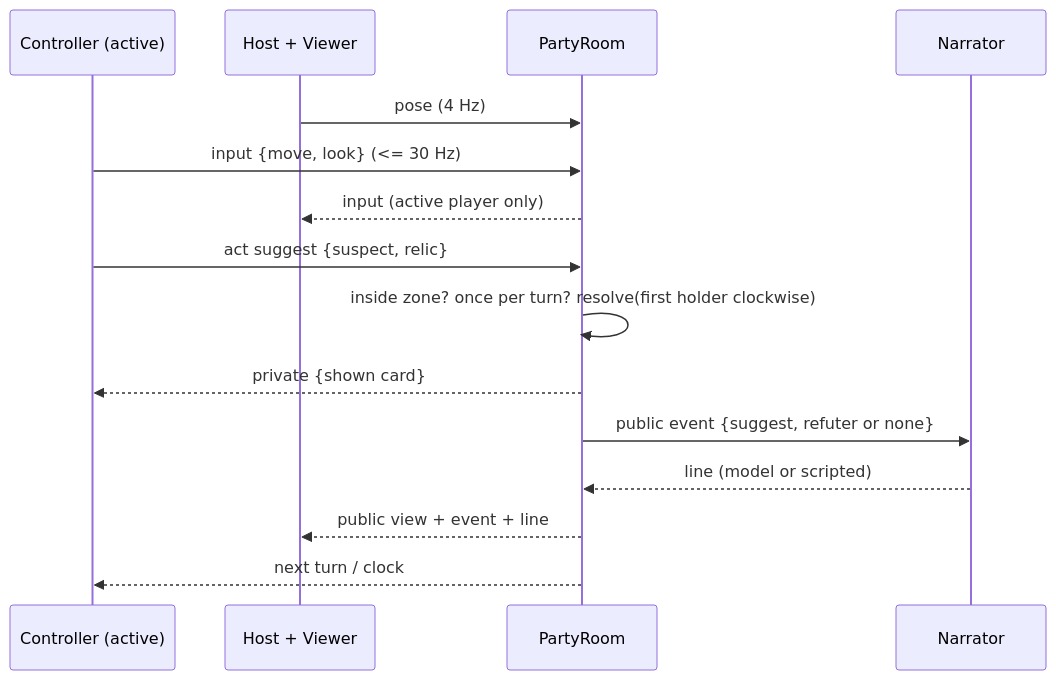
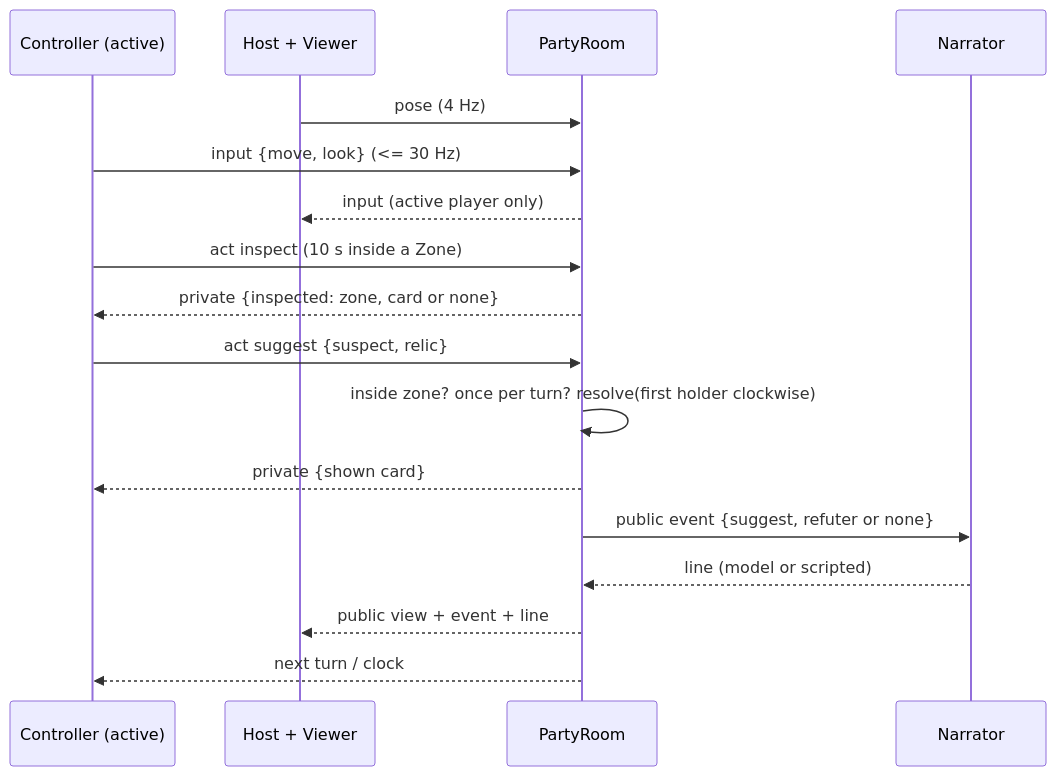
The second of 2 diagrams in .kiro/specs/party-mode/design.md (diydan/hauntology), drawn with Mermaid before and after one commit. The commit also changed other lines of this file and 21 other files, not shown here.

````diff
--- a/.kiro/specs/party-mode/design.md
+++ b/.kiro/specs/party-mode/design.md
@@ -38,17 +44,19 @@
 ```mermaid
 sequenceDiagram
   participant C as Controller (active)
   participant H as Host + Viewer
   participant R as PartyRoom
   participant N as Narrator
   H->>R: pose (4 Hz)
   C->>R: input {move, look} (<= 30 Hz)
   R-->>H: input (active player only)
+  C->>R: act inspect (10 s inside a Zone)
+  R-->>C: private {inspected: zone, card or none}
   C->>R: act suggest {suspect, relic}
   R->>R: inside zone? once per turn? resolve(first holder clockwise)
   R-->>C: private {shown card}
   R->>N: public event {suggest, refuter or none}
   N-->>R: line (model or scripted)
   R-->>H: public view + event + line
   R-->>C: next turn / clock
 ```
````
